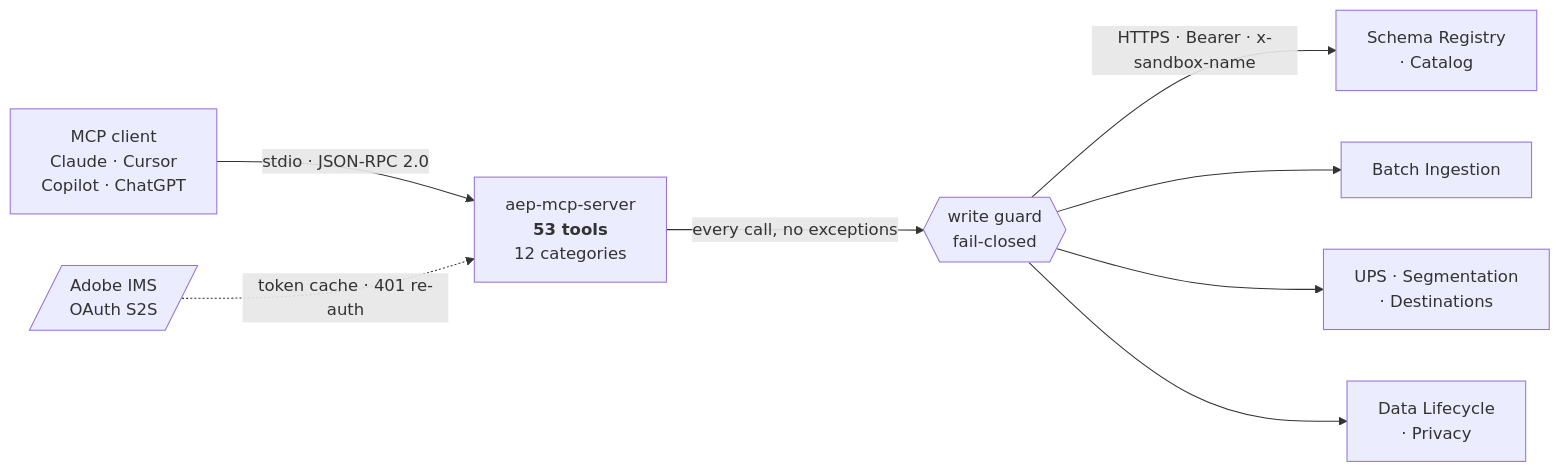
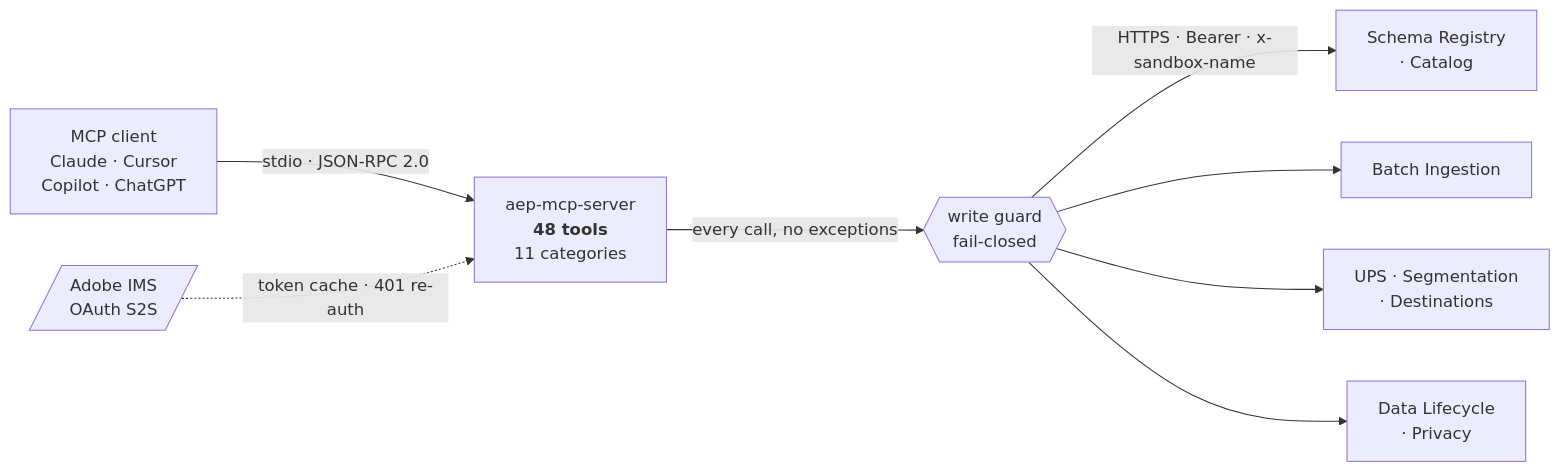
Before and after one commit to Focus-GTS/aep-mcp-server: the third of 3 diagrams in README.md, drawn with Mermaid. The commit also changed other lines of this file and 27 other files, not shown here.

````diff
--- a/README.md
+++ b/README.md
@@ -426,19 +414,19 @@
 ```mermaid
 flowchart LR
   C["MCP client<br/>Claude · Cursor<br/>Copilot · ChatGPT"]
-  T["aep-mcp-server<br/><b>53 tools</b><br/>12 categories"]
+  T["aep-mcp-server<br/><b>48 tools</b><br/>11 categories"]
   G{{"write guard<br/>fail-closed"}}
   A1["Schema Registry<br/>· Catalog"]
   A2["Batch Ingestion"]
   A3["UPS · Segmentation<br/>· Destinations"]
   A4["Data Lifecycle<br/>· Privacy"]
   IMS[/"Adobe IMS<br/>OAuth S2S"/]
 
   C -- "stdio · JSON-RPC 2.0" --> T
   T -- "every call, no exceptions" --> G
   IMS -. "token cache · 401 re-auth" .-> T
   G -- "HTTPS · Bearer · x-sandbox-name" --> A1
   G --> A2
   G --> A3
   G --> A4
 ```
````
